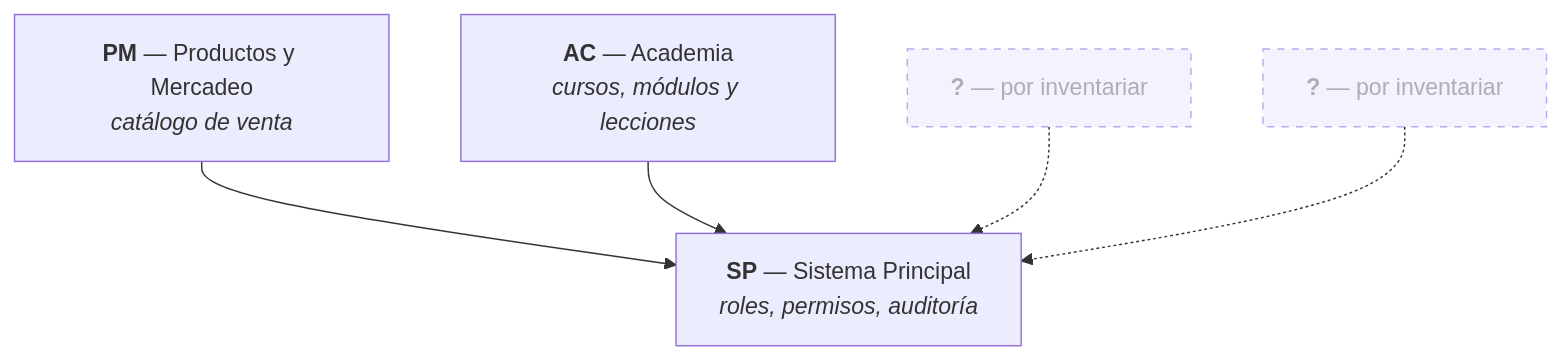
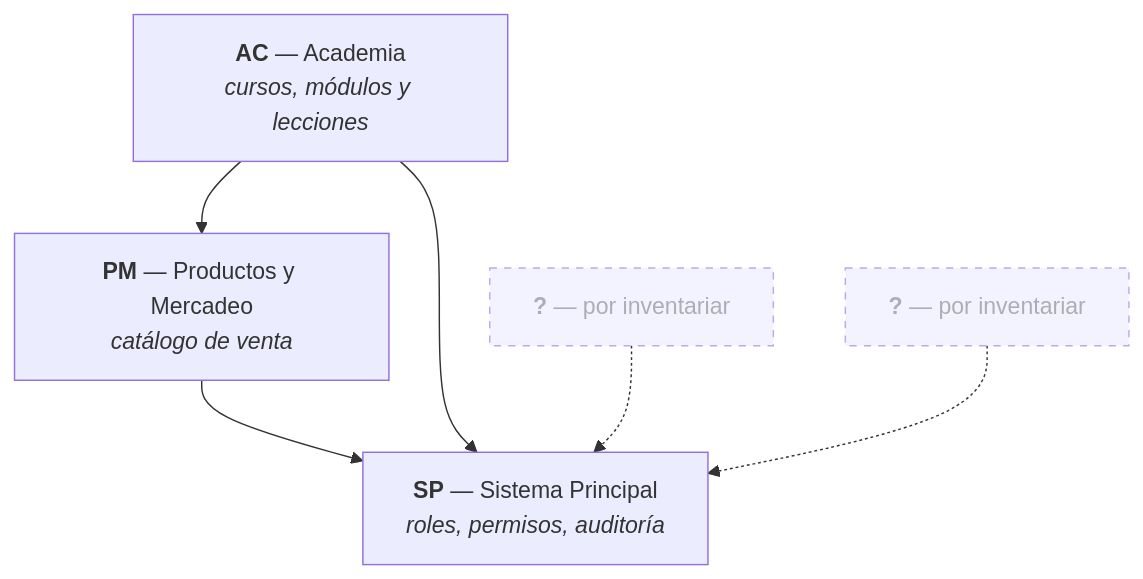
One commit to NexusPro-Dev/backend changed the diagram in docs/modules.md. Above: the diagram before and after it, drawn with Mermaid. The commit also changed other lines of this file and 13 other files, not shown here.

````diff
--- a/docs/modules.md
+++ b/docs/modules.md
@@ -73,16 +73,17 @@
 ```mermaid
 graph TD
     SP["<b>SP</b> — Sistema Principal<br/><i>roles, permisos, auditoría</i>"]
     PM["<b>PM</b> — Productos y Mercadeo<br/><i>catálogo de venta</i>"]
     AC["<b>AC</b> — Academia<br/><i>cursos, módulos y lecciones</i>"]
 
     C1["<b>?</b> — por inventariar"]:::pend
     C2["<b>?</b> — por inventariar"]:::pend
 
     PM --> SP
     AC --> SP
+    AC --> PM
     C1 -.-> SP
     C2 -.-> SP
 
     classDef pend stroke-dasharray: 5 5,opacity:0.6
 ```
````
